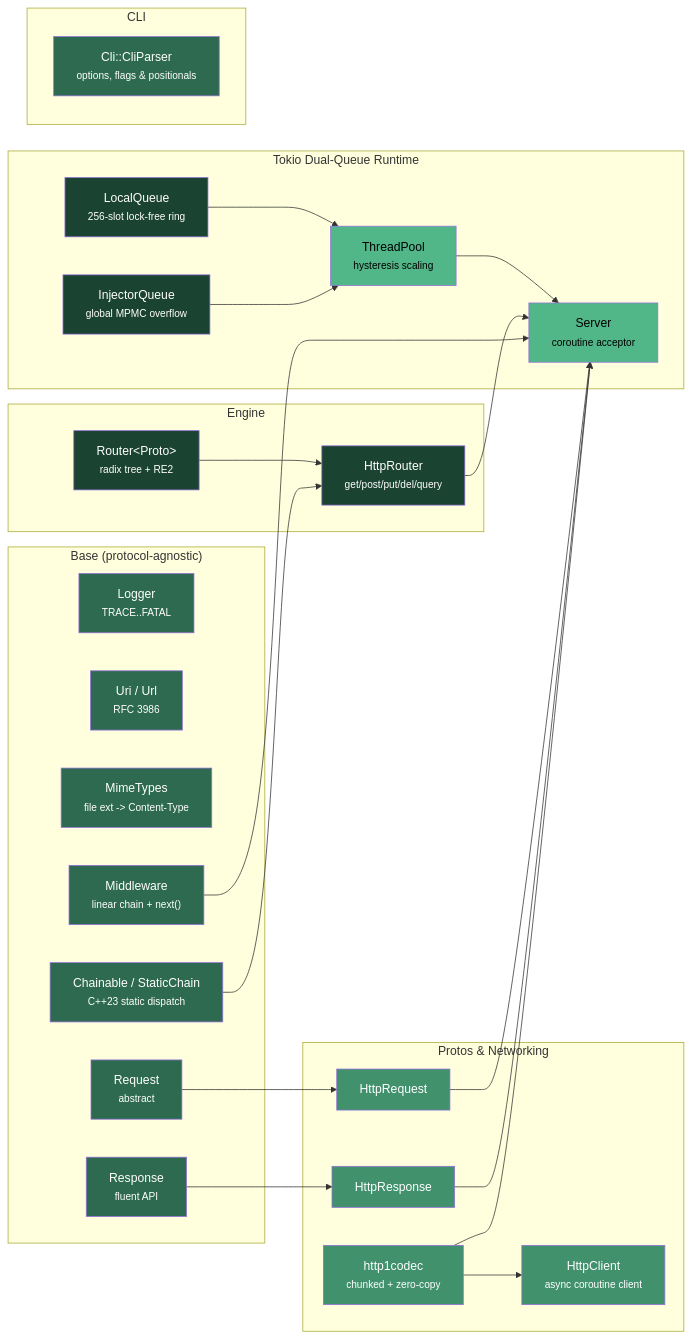
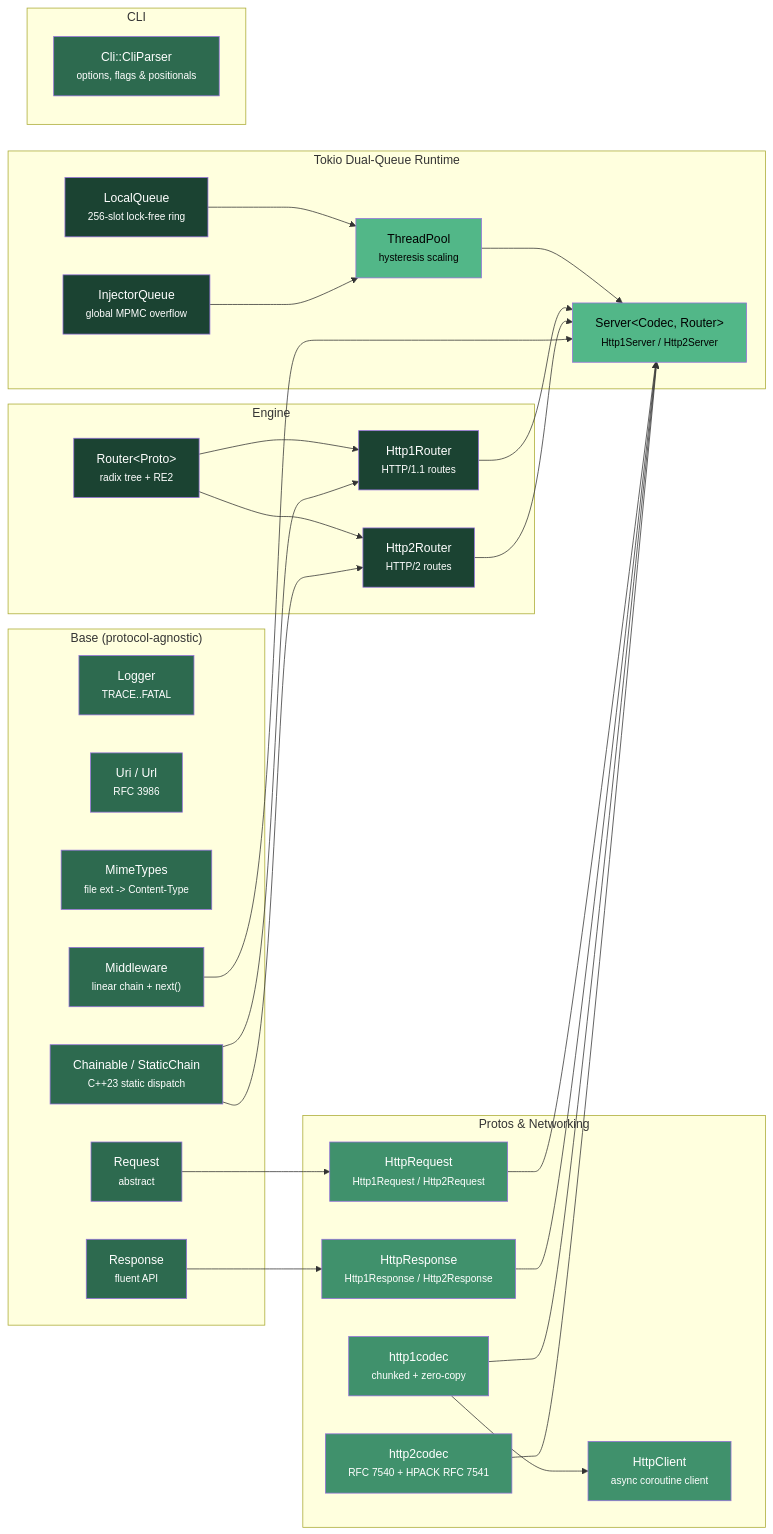
Before and after one commit to Jyotipm05/WaveX: the first of 2 diagrams in README.md, drawn with Mermaid. The commit also changed other lines of this file and 21 other files, not shown here.

Commit message:
Add HTTP/2 support with new codec and server implementation. Introduce Http2Request and Http2Response types, enhance routing with Http2Router. Update CMakeLists for new server files and adjust README for usage examples.

````diff
--- a/README.md
+++ b/README.md
@@ -432,68 +468,76 @@
 ```mermaid
 graph LR
     subgraph "Base (protocol-agnostic)"
         Logger["Logger<br/><small>TRACE..FATAL</small>"]
         Uri["Uri / Url<br/><small>RFC 3986</small>"]
         Mime["MimeTypes<br/><small>file ext -> Content-Type</small>"]
         Chainable["Chainable / StaticChain<br/><small>C++23 static dispatch</small>"]
         Req["Request<br/><small>abstract</small>"]
         Res["Response<br/><small>fluent API</small>"]
         MW["Middleware<br/><small>linear chain + next()</small>"]
     end
 
     subgraph "Engine"
         Router["Router&lt;Proto&gt;<br/><small>radix tree + RE2</small>"]
-        HttpRouter["HttpRouter<br/><small>get/post/put/del/query</small>"]
-        Router --> HttpRouter
+        Http1Router["Http1Router<br/><small>HTTP/1.1 routes</small>"]
+        Http2Router["Http2Router<br/><small>HTTP/2 routes</small>"]
+        Router --> Http1Router
+        Router --> Http2Router
     end
 
     subgraph "Tokio Dual-Queue Runtime"
         LocalQ["LocalQueue<br/><small>256-slot lock-free ring</small>"]
         InjQ["InjectorQueue<br/><small>global MPMC overflow</small>"]
         Pool["ThreadPool<br/><small>hysteresis scaling</small>"]
-        Server["Server<br/><small>coroutine acceptor</small>"]
+        Server["Server&lt;Codec, Router&gt;<br/><small>Http1Server / Http2Server</small>"]
         LocalQ --> Pool
         InjQ --> Pool
         Pool --> Server
     end
 
     subgraph "Protos & Networking"
-        Codec["http1codec<br/><small>chunked + zero-copy</small>"]
-        HReq["HttpRequest"]
-        HRes["HttpResponse"]
+        H1Codec["http1codec<br/><small>chunked + zero-copy</small>"]
+        H2Codec["http2codec<br/><small>RFC 7540 + HPACK RFC 7541</small>"]
+        HReq["HttpRequest<br/><small>Http1Request / Http2Request</small>"]
+        HRes["HttpResponse<br/><small>Http1Response / Http2Response</small>"]
         Client["HttpClient<br/><small>async coroutine client</small>"]
         HReq --> Server
         HRes --> Server
     end
 
     subgraph "CLI"
         CLIApp["Cli::CliParser<br/><small>options, flags & positionals</small>"]
     end
 
     Req --> HReq
     Res --> HRes
-    Chainable --> HttpRouter
-    HttpRouter --> Server
+    Chainable --> Http1Router
+    Chainable --> Http2Router
+    Http1Router --> Server
+    Http2Router --> Server
     MW --> Server
-    Codec --> Server
-    Codec --> Client
+    H1Codec --> Server
+    H2Codec --> Server
+    H1Codec --> Client
 
     style Logger fill:#2d6a4f,color:#fff
     style Uri fill:#2d6a4f,color:#fff
     style Mime fill:#2d6a4f,color:#fff
     style Chainable fill:#2d6a4f,color:#fff
     style Req fill:#2d6a4f,color:#fff
     style Res fill:#2d6a4f,color:#fff
     style MW fill:#2d6a4f,color:#fff
     style Router fill:#1b4332,color:#fff
-    style HttpRouter fill:#1b4332,color:#fff
-    style Codec fill:#40916c,color:#fff
+    style Http1Router fill:#1b4332,color:#fff
+    style Http2Router fill:#1b4332,color:#fff
+    style H1Codec fill:#40916c,color:#fff
+    style H2Codec fill:#40916c,color:#fff
     style HReq fill:#40916c,color:#fff
     style HRes fill:#40916c,color:#fff
     style Client fill:#40916c,color:#fff
     style CLIApp fill:#2d6a4f,color:#fff
     style Server fill:#52b788,color:#000
     style LocalQ fill:#1b4332,color:#fff
     style InjQ fill:#1b4332,color:#fff
     style Pool fill:#52b788,color:#000
 ```
````
